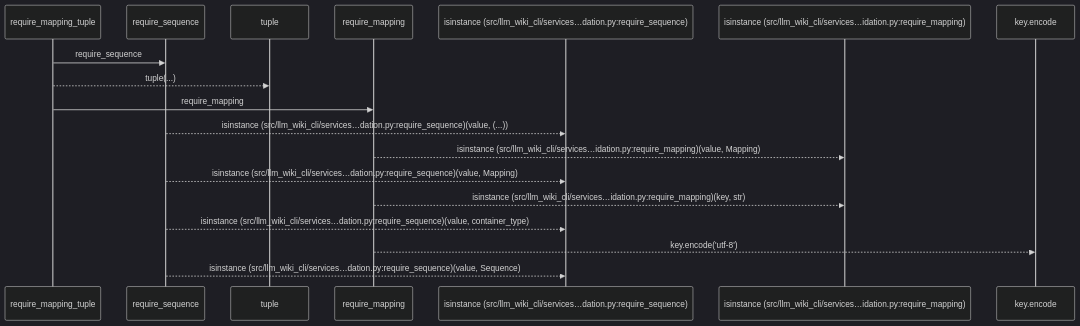
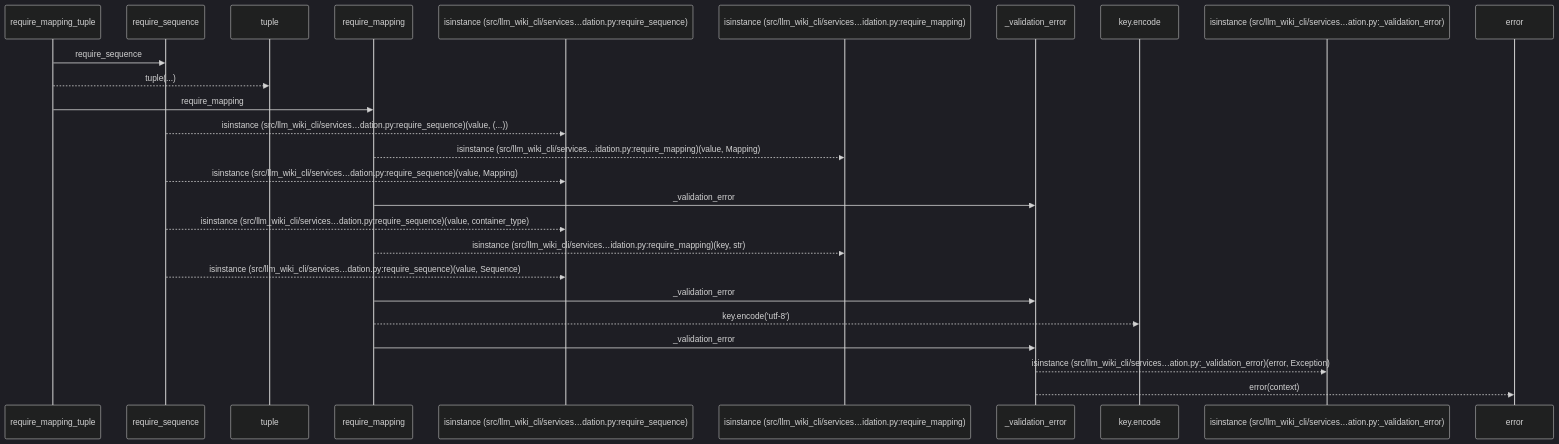
The first of 2 diagrams in docs/llm_wiki/flows/api-require_mapping_tuple.md (Denissvgn/python-wiki-llm), drawn with Mermaid (dark theme) before and after one commit. The commit also changed other lines of this file and 627 other files, not shown here.

````diff
--- a/docs/llm_wiki/flows/api-require_mapping_tuple.md
+++ b/docs/llm_wiki/flows/api-require_mapping_tuple.md
@@ -12,20 +12,28 @@
 ```mermaid
 sequenceDiagram
     participant p0 as require_mapping_tuple
     participant p1 as require_sequence
     participant p2 as tuple
     participant p3 as require_mapping
     participant p4 as isinstance (src/llm_wiki_cli/services…dation.py:require_sequence)
     participant p5 as isinstance (src/llm_wiki_cli/services…idation.py:require_mapping)
-    participant p6 as key.encode
+    participant p6 as _validation_error
+    participant p7 as key.encode
+    participant p8 as isinstance (src/llm_wiki_cli/services…ation.py:_validation_error)
+    participant p9 as error
     p0->>p1: require_sequence
     p0-->>p2: tuple(...)
     p0->>p3: require_mapping
     p1-->>p4: isinstance (src/llm_wiki_cli/services…dation.py:require_sequence)(value, (...))
     p3-->>p5: isinstance (src/llm_wiki_cli/services…idation.py:require_mapping)(value, Mapping)
     p1-->>p4: isinstance (src/llm_wiki_cli/services…dation.py:require_sequence)(value, Mapping)
+    p3->>p6: _validation_error
+    p1-->>p4: isinstance (src/llm_wiki_cli/services…dation.py:require_sequence)(value, container_type)
     p3-->>p5: isinstance (src/llm_wiki_cli/services…idation.py:require_mapping)(key, str)
-    p1-->>p4: isinstance (src/llm_wiki_cli/services…dation.py:require_sequence)(value, container_type)
-    p3-->>p6: key.encode('utf-8')
     p1-->>p4: isinstance (src/llm_wiki_cli/services…dation.py:require_sequence)(value, Sequence)
+    p3->>p6: _validation_error
+    p3-->>p7: key.encode('utf-8')
+    p3->>p6: _validation_error
+    p6-->>p8: isinstance (src/llm_wiki_cli/services…ation.py:_validation_error)(error, Exception)
+    p6-->>p9: error(context)
 ```
````
